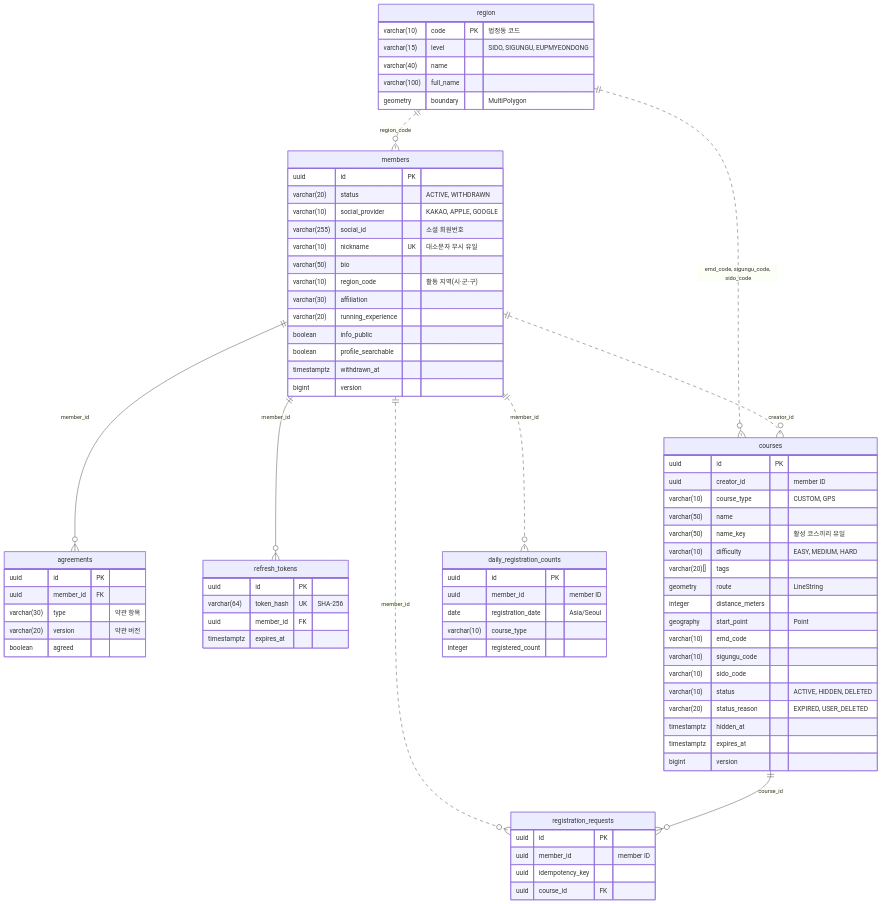
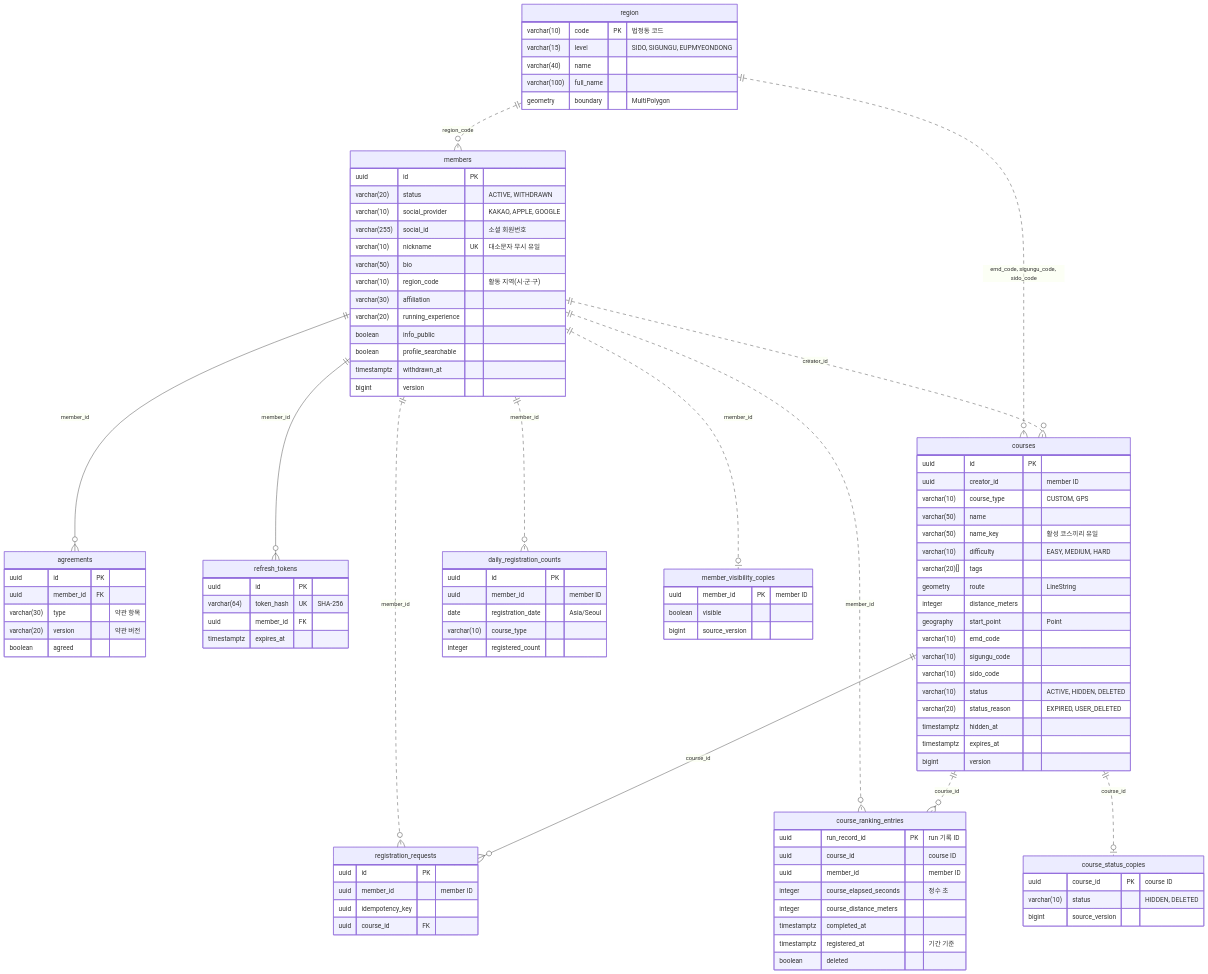
The diagram in DB 구조.md (SunMoonUniv/WADADAK), drawn with Mermaid before and after one commit. The commit also changed other lines of this file and 12 other files, not shown here.

```diff
--- a/DB 구조.md
+++ b/DB 구조.md
@@ -42,6 +45,10 @@
     members ||..o{ registration_requests : "member_id"
     region ||..o{ members : "region_code"
     region ||..o{ courses : "emd_code, sigungu_code, sido_code"
+    courses ||..o{ course_ranking_entries : "course_id"
+    members ||..o{ course_ranking_entries : "member_id"
+    courses ||..o| course_status_copies : "course_id"
+    members ||..o| member_visibility_copies : "member_id"
 
     members {
         uuid id PK
@@ -104,6 +111,26 @@
         uuid idempotency_key
         uuid course_id FK
     }
+    course_ranking_entries {
+        uuid run_record_id PK "run 기록 ID"
+        uuid course_id "course ID"
+        uuid member_id "member ID"
+        integer course_elapsed_seconds "정수 초"
+        integer course_distance_meters
+        timestamptz completed_at
+        timestamptz registered_at "기간 기준"
+        boolean deleted
+    }
+    course_status_copies {
+        uuid course_id PK "course ID"
+        varchar(10) status "HIDDEN, DELETED"
+        bigint source_version
+    }
+    member_visibility_copies {
+        uuid member_id PK "member ID"
+        boolean visible
+        bigint source_version
+    }
     region {
         varchar(10) code PK "법정동 코드"
         varchar(15) level "SIDO, SIGUNGU, EUPMYEONDONG"
```
